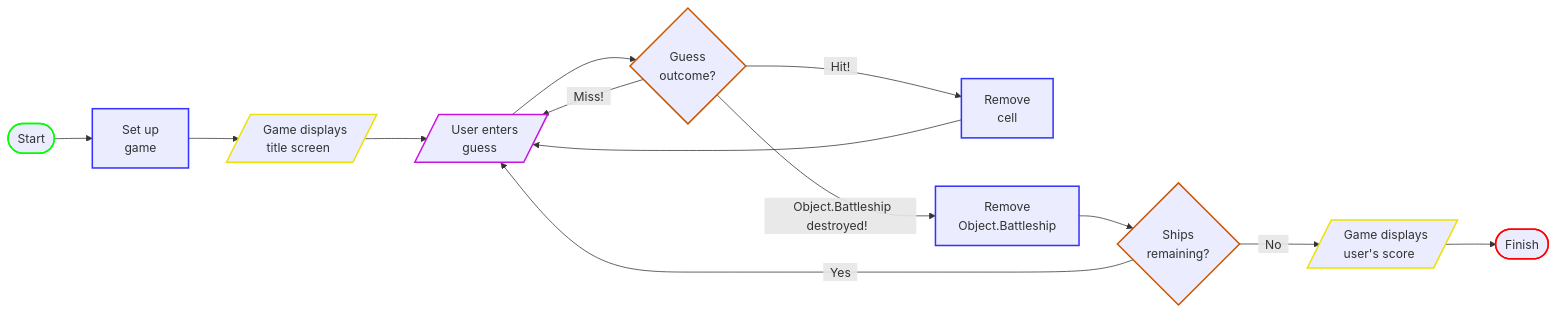
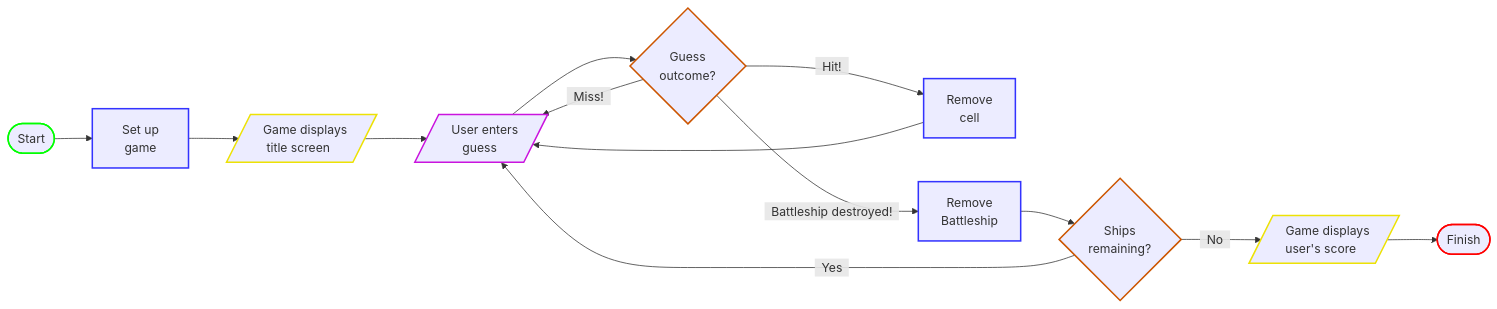
The diagram in README.md (trbaxter/battleship-game), drawn with Mermaid before and after one commit. The commit also changed other lines of this file and 5 other files, not shown here.

````diff
--- a/README.md
+++ b/README.md
@@ -28,50 +30,43 @@
 ```mermaid
 
 
 
 flowchart LR
-    
-    %% Start %%
+
+%% Start %%
     start([Start]):::start
-    
-    %% End %% 
+%% End %% 
     finish([Finish]):::finish
-    
-    %% Actions %%
+%% Actions %%
     A1[&nbsp Set up &nbsp\n &nbsp game &nbsp\n]:::action
     A2[Remove\n cell]:::action
-    A3[Remove\n Object.Battleship]:::action
-
-    %% Input %%
+    A3[Remove\n Battleship]:::action
+%% Input %%
     I1[/&nbsp User enters\nguess&nbsp/]:::input
-
-    %% Output %%
-    O1[/ &nbsp Game displays \n title screen &nbsp /]:::output
-    O2[/ &nbsp Game displays\n user's score &nbsp/]:::output
-    
-    %% Decisions %%
+%% Output %%
+    O1[/&nbsp Game displays \n title screen &nbsp/]:::output
+    O2[/&nbsp Game displays\n user's score &nbsp/]:::output
+%% Decisions %%
     D1{Guess\noutcome?}:::decision
     D2{Ships\nremaining?}:::decision
-    
-    %% Links %%
-    start --> A1  
+%% Links %%
+    start --> A1
     A1 --> O1
     O1 --> I1
     I1 --> D1
     D1 -- &nbsp Hit! &nbsp --> A2
     D1 -- &nbsp Miss! &nbsp --> I1
-    D1 -- &nbsp Object.Battleship destroyed! &nbsp --> A3
+    D1 -- &nbsp Battleship destroyed! &nbsp --> A3
     A2 --> I1
     A3 --> D2
     D2 -- &nbsp Yes &nbsp --> I1
     D2 -- &nbsp No &nbsp --> O2
     O2 --> finish
-
 %% Class Colors %%
-    classDef start stroke:#0f0,stroke-width:2px;
-    classDef finish stroke:#f00, stroke-width:2px;
-    classDef decision stroke:#cc5500, stroke-width:2px;
-    classDef action stroke:#33FF, stroke-width:2px;
-    classDef input stroke:#ca14de, stroke-width:2px;
-    classDef output stroke:#ede205 , stroke-width:2px;
+    classDef start stroke: #0f0, stroke-width: 2px;
+    classDef finish stroke: #f00, stroke-width: 2px;
+    classDef decision stroke: #cc5500, stroke-width: 2px;
+    classDef action stroke: #33FF, stroke-width: 2px;
+    classDef input stroke: #ca14de, stroke-width: 2px;
+    classDef output stroke: #ede205 , stroke-width: 2px;
 ```
````
